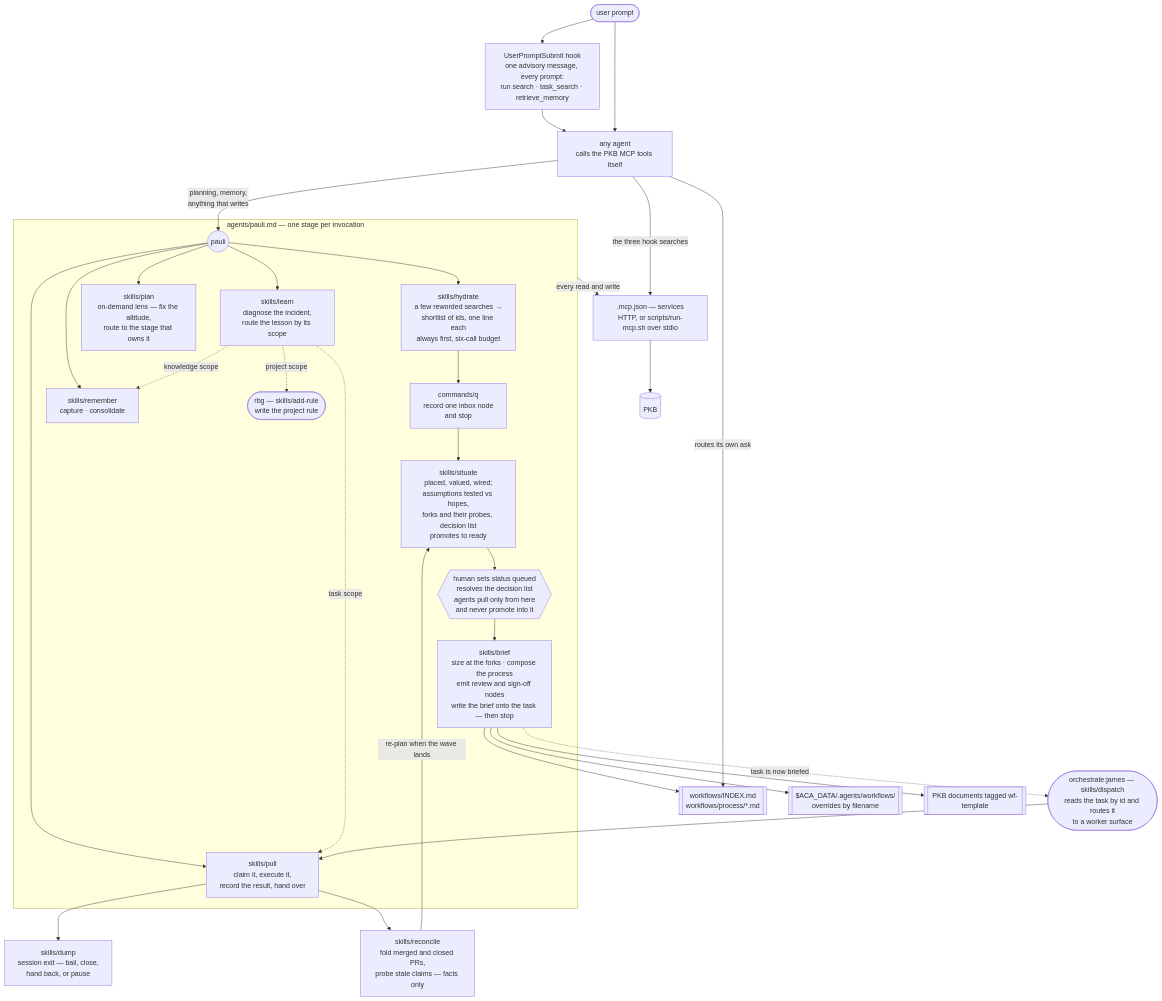
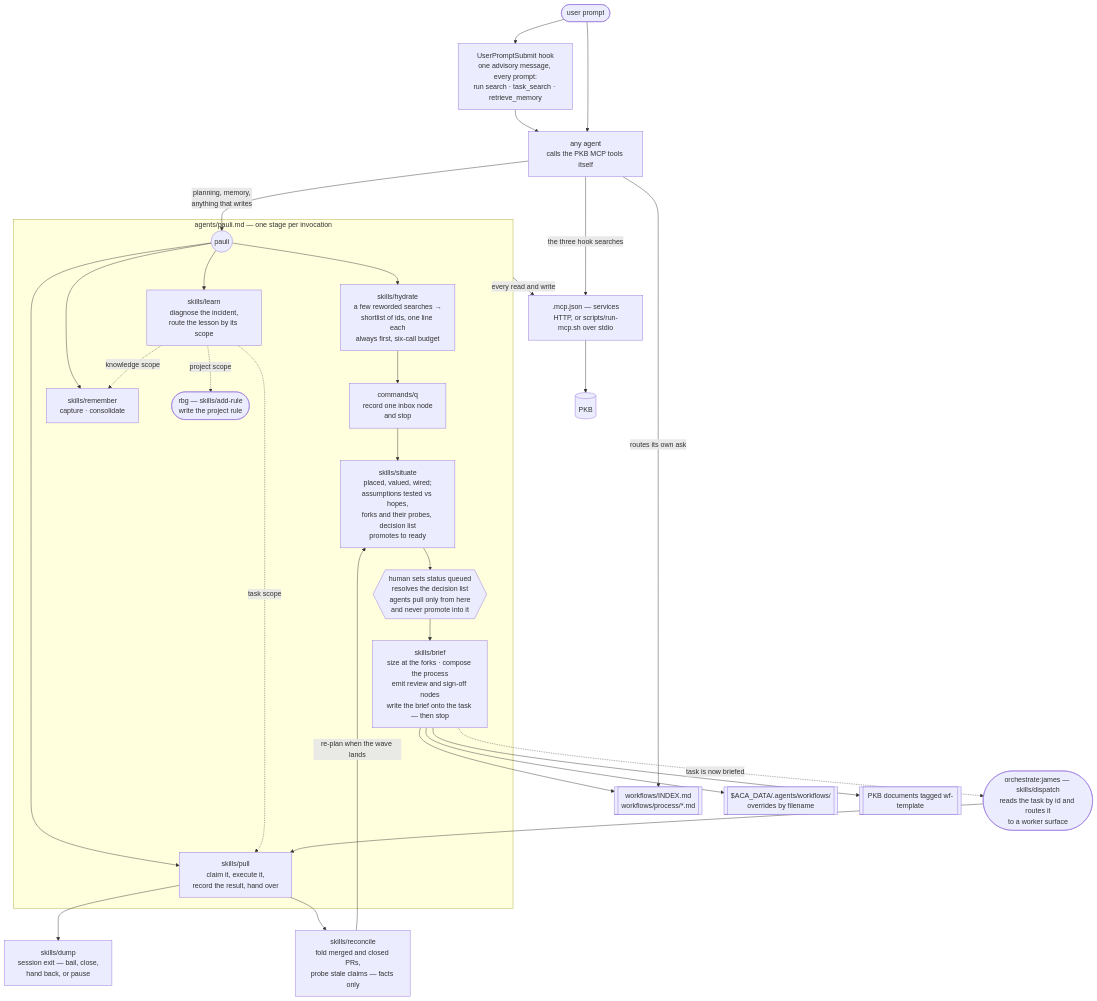
The diagram in plugins/pkb/README.md (nicsuzor/academicOps), drawn with Mermaid before and after one commit. The commit also changed other lines of this file and 8 other files, not shown here.

````diff
--- a/plugins/pkb/README.md
+++ b/plugins/pkb/README.md
@@ -8,46 +8,45 @@
 ```mermaid
 flowchart TD
     prompt([user prompt]) --> hook
 
     hook["UserPromptSubmit hook<br/>one advisory message, every prompt:<br/>run search · task_search · retrieve_memory"]
     hook --> agent
     prompt --> agent["any agent<br/>calls the PKB MCP tools itself"]
 
     agent -- "planning, memory,<br/>anything that writes" --> pauli
 
     subgraph pkbwrite["agents/pauli.md — one stage per invocation"]
         pauli(("pauli"))
         pauli --> hydrate["skills/hydrate<br/>a few reworded searches →<br/>shortlist of ids, one line each<br/>always first, six-call budget"]
 
         hydrate --> capture["commands/q<br/>record one inbox node<br/>and stop"]
         capture --> situate["skills/situate<br/>placed, valued, wired;<br/>assumptions tested vs hopes,<br/>forks and their probes, decision list<br/>promotes to ready"]
         situate --> gate{{"human sets status queued<br/>resolves the decision list<br/>agents pull only from here<br/>and never promote into it"}}
         gate --> brief["skills/brief<br/>size at the forks · compose the process<br/>emit review and sign-off nodes<br/>write the brief onto the task — then stop"]
 
         pauli --> pull["skills/pull<br/>claim it, execute it,<br/>record the result, hand over"]
         pauli --> remember["skills/remember<br/>capture · consolidate"]
         pauli --> learn["skills/learn<br/>diagnose the incident,<br/>route the lesson by its scope"]
-        pauli --> plan["skills/plan<br/>on-demand lens — fix the altitude,<br/>route to the stage that owns it"]
 
         learn -. knowledge scope .-> remember
         learn -. project scope .-> addrule(["rbg — skills/add-rule<br/>write the project rule"])
         learn -. task scope .-> pull
     end
 
     pull --> dump["skills/dump<br/>session exit — bail, close,<br/>hand back, or pause"]
     pull --> reconcile["skills/reconcile<br/>fold merged and closed PRs,<br/>probe stale claims — facts only"]
     reconcile -- "re-plan when the wave lands" --> situate
 
     brief --> library[["workflows/INDEX.md<br/>workflows/process/*.md"]]
     brief --> userlayer[["$ACA_DATA/.agents/workflows/<br/>overrides by filename"]]
     brief --> wftemplates[["PKB documents tagged wf-template"]]
     agent -- "routes its own ask" --> library
 
     pkbwrite -- "every read and write" --> mcp
     agent -- "the three hook searches" --> mcp
 
     mcp[".mcp.json — services<br/>HTTP, or scripts/run-mcp.sh over stdio"] --> pkbstore[(PKB)]
 
     brief -. "task is now briefed" .-> dispatch(["orchestrate:james — skills/dispatch<br/>reads the task by id and routes it<br/>to a worker surface"])
     dispatch --> pull
 ```
````
